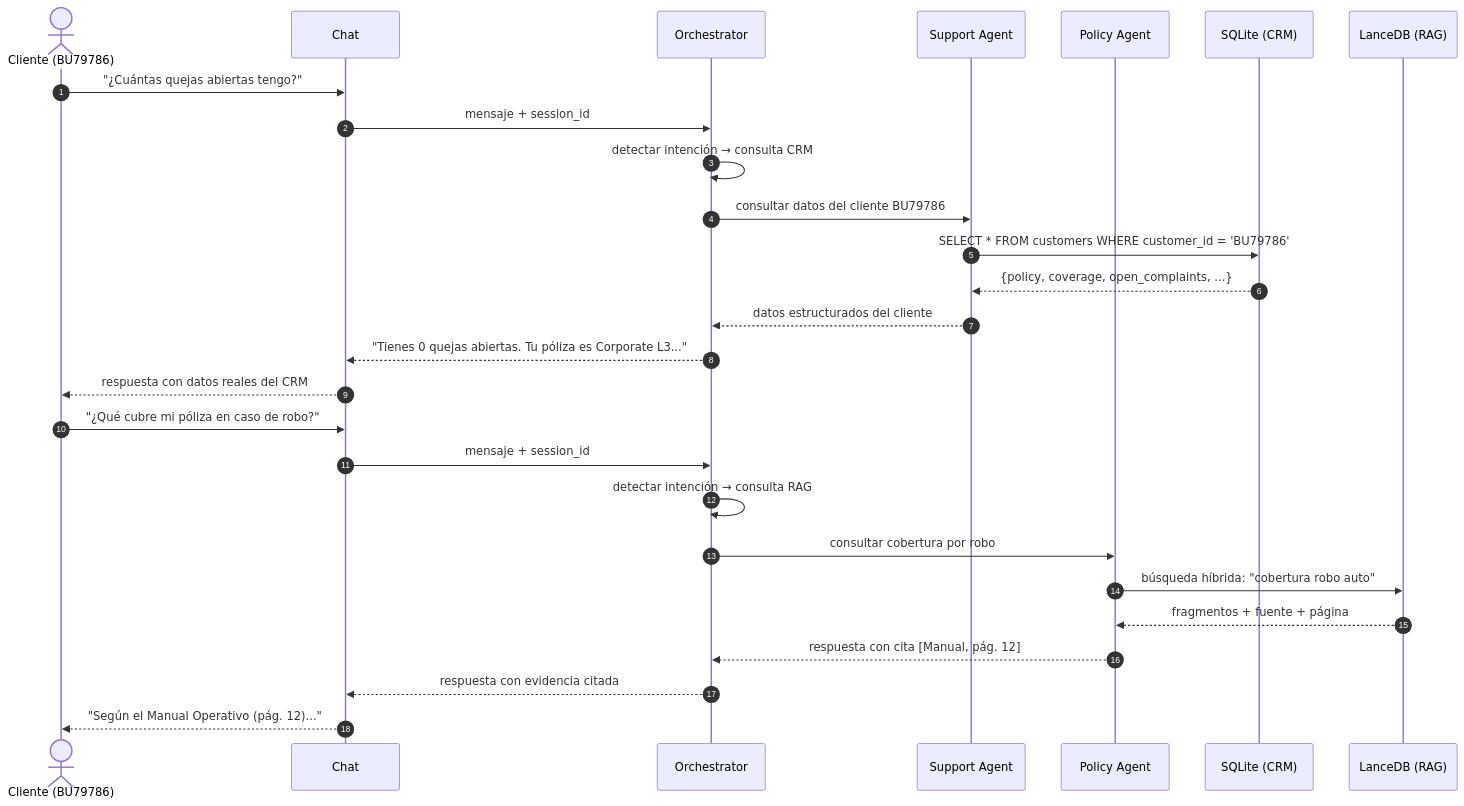
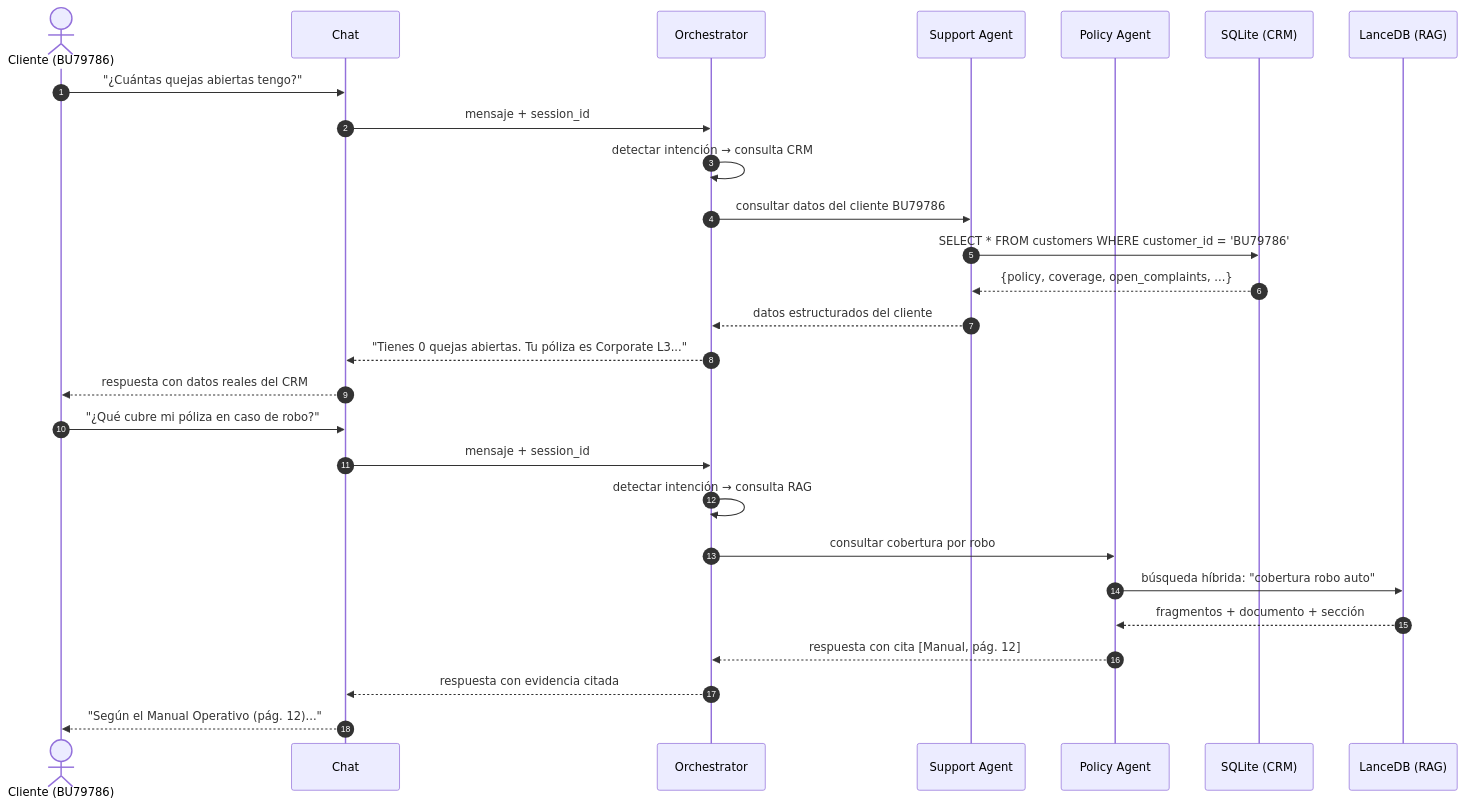
The third of 3 diagrams in AI-ASSISTANT-INSURANCE-Agentic-RAG-Architecture.md (Ael-Dev/AI-ASSISTANT-INSURANCE), drawn with Mermaid before and after one commit. The commit also changed other lines of this file and 1 other file, not shown here.

````diff
--- a/AI-ASSISTANT-INSURANCE-Agentic-RAG-Architecture.md
+++ b/AI-ASSISTANT-INSURANCE-Agentic-RAG-Architecture.md
@@ -189,31 +189,31 @@
 ```mermaid
 sequenceDiagram
     autonumber
     actor User as Cliente (BU79786)
     participant UI as Chat
     participant O as Orchestrator
     participant S as Support Agent
     participant P as Policy Agent
     participant DB as SQLite (CRM)
     participant V as LanceDB (RAG)
 
     User->>UI: "¿Cuántas quejas abiertas tengo?"
     UI->>O: mensaje + session_id
     O->>O: detectar intención → consulta CRM
     O->>S: consultar datos del cliente BU79786
     S->>DB: SELECT * FROM customers WHERE customer_id = 'BU79786'
     DB-->>S: {policy, coverage, open_complaints, ...}
     S-->>O: datos estructurados del cliente
     O-->>UI: "Tienes 0 quejas abiertas. Tu póliza es Corporate L3..."
     UI-->>User: respuesta con datos reales del CRM
 
     User->>UI: "¿Qué cubre mi póliza en caso de robo?"
     UI->>O: mensaje + session_id
     O->>O: detectar intención → consulta RAG
     O->>P: consultar cobertura por robo
     P->>V: búsqueda híbrida: "cobertura robo auto"
-    V-->>P: fragmentos + fuente + página
+    V-->>P: fragmentos + documento + sección
     P-->>O: respuesta con cita [Manual, pág. 12]
     O-->>UI: respuesta con evidencia citada
     UI-->>User: "Según el Manual Operativo (pág. 12)..."
 ```
````
